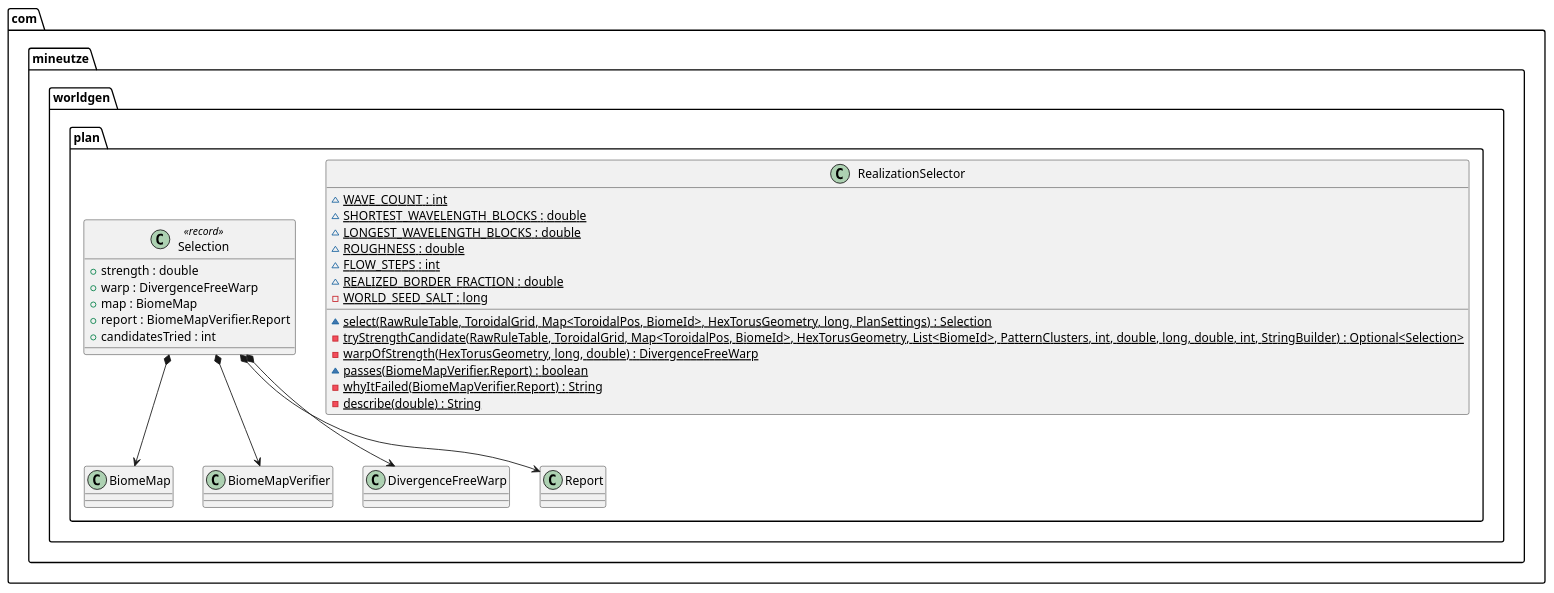
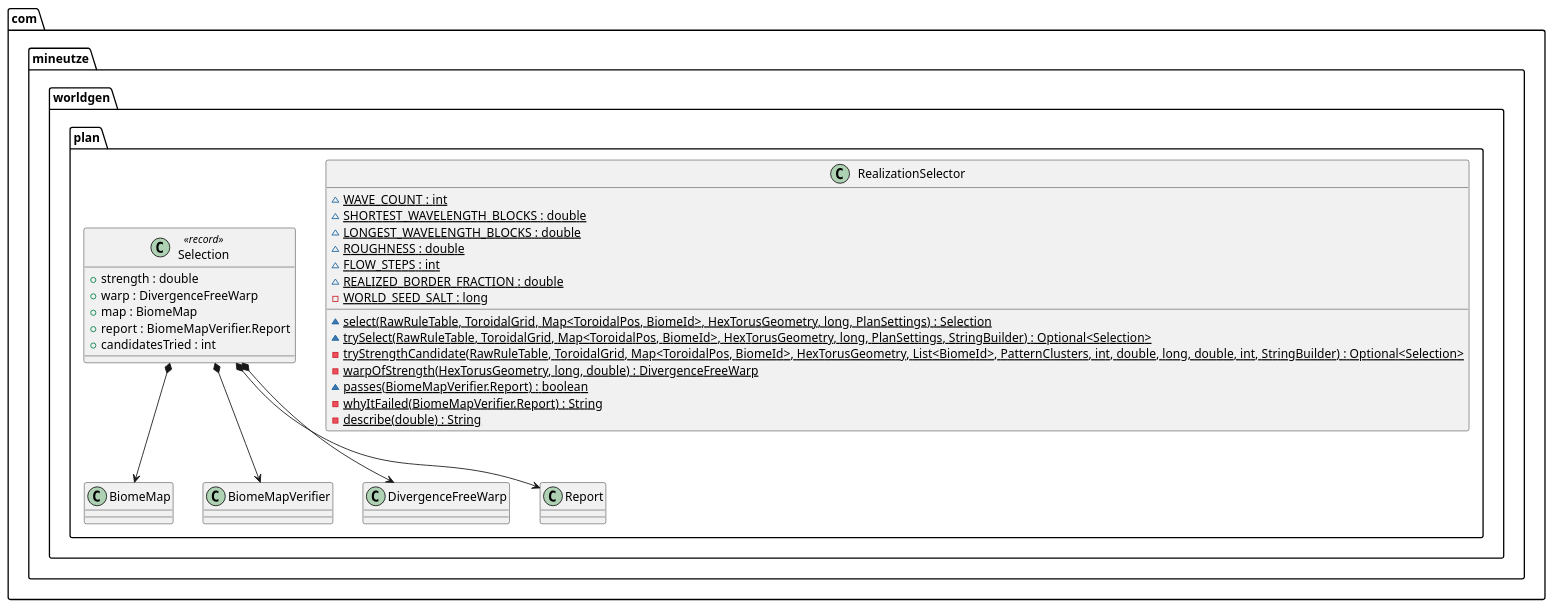
One commit to Boulede987/Mine-Utz changed the diagram in companion-mods/mineutze-worldgen/doc/Modelisation/Fragments/com/mineutze/worldgen/plan/RealizationSelector.puml. Above: the diagram before and after it, drawn with PlantUML. The commit also changed 117 other files, not shown here.

First line of the commit message:
docs(worldgen): regenerate class diagrams from current code

```diff
--- a/companion-mods/mineutze-worldgen/doc/Modelisation/Fragments/com/mineutze/worldgen/plan/RealizationSelector.puml
+++ b/companion-mods/mineutze-worldgen/doc/Modelisation/Fragments/com/mineutze/worldgen/plan/RealizationSelector.puml
@@ -1,29 +1,30 @@
 namespace com.mineutze.worldgen.plan {
 class RealizationSelector {
   ~ {static} WAVE_COUNT : int
   ~ {static} SHORTEST_WAVELENGTH_BLOCKS : double
   ~ {static} LONGEST_WAVELENGTH_BLOCKS : double
   ~ {static} ROUGHNESS : double
   ~ {static} FLOW_STEPS : int
   ~ {static} REALIZED_BORDER_FRACTION : double
   - {static} WORLD_SEED_SALT : long
   ~ {static} select(RawRuleTable, ToroidalGrid, Map<ToroidalPos, BiomeId>, HexTorusGeometry, long, PlanSettings) : Selection
+  ~ {static} trySelect(RawRuleTable, ToroidalGrid, Map<ToroidalPos, BiomeId>, HexTorusGeometry, long, PlanSettings, StringBuilder) : Optional<Selection>
   - {static} tryStrengthCandidate(RawRuleTable, ToroidalGrid, Map<ToroidalPos, BiomeId>, HexTorusGeometry, List<BiomeId>, PatternClusters, int, double, long, double, int, StringBuilder) : Optional<Selection>
   - {static} warpOfStrength(HexTorusGeometry, long, double) : DivergenceFreeWarp
   ~ {static} passes(BiomeMapVerifier.Report) : boolean
   - {static} whyItFailed(BiomeMapVerifier.Report) : String
   - {static} describe(double) : String
 }
 class Selection <<record>> {
   + strength : double
   + warp : DivergenceFreeWarp
   + map : BiomeMap
   + report : BiomeMapVerifier.Report
   + candidatesTried : int
 }
 }
 
 com.mineutze.worldgen.plan.Selection *--> com.mineutze.worldgen.plan.BiomeMap
 com.mineutze.worldgen.plan.Selection *--> com.mineutze.worldgen.plan.BiomeMapVerifier
 com.mineutze.worldgen.plan.Selection *--> com.mineutze.worldgen.plan.DivergenceFreeWarp
 com.mineutze.worldgen.plan.Selection *--> com.mineutze.worldgen.plan.Report
```
